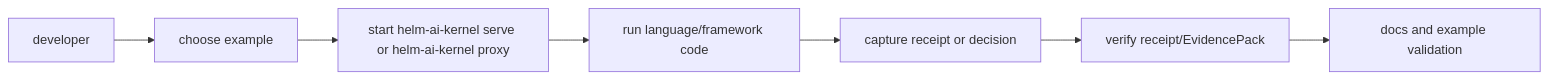
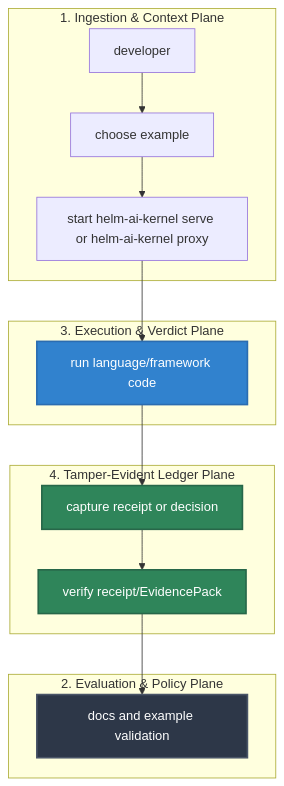
The diagram in docs/EXAMPLES.md (Mindburn-Labs/helm-ai-kernel), drawn with Mermaid before and after one commit. The commit also changed other lines of this file and 330 other files, not shown here.

````diff
--- a/docs/EXAMPLES.md
+++ b/docs/EXAMPLES.md
@@ -24,9 +24,35 @@
 ```mermaid
-flowchart LR
-  Reader["developer"] --> Pick["choose example"]
-  Pick --> Server["start helm-ai-kernel serve or helm-ai-kernel proxy"]
-  Server --> Run["run language/framework code"]
-  Run --> Receipt["capture receipt or decision"]
-  Receipt --> Verify["verify receipt/EvidencePack"]
-  Verify --> Gate["docs and example validation"]
+flowchart TD
+    subgraph Ingestion["1. Ingestion & Context Plane"]
+        Reader["developer"]
+        Pick["choose example"]
+        Server["start helm-ai-kernel serve or helm-ai-kernel proxy"]
+    end
+
+    subgraph Evaluation["2. Evaluation & Policy Plane"]
+        Gate["docs and example validation"]
+    end
+
+    subgraph Execution["3. Execution & Verdict Plane"]
+        Run["run language/framework code"]
+    end
+
+    subgraph Ledger["4. Tamper-Evident Ledger Plane"]
+        Receipt["capture receipt or decision"]
+        Verify["verify receipt/EvidencePack"]
+    end
+
+    %% Operational Flow Edges
+    Reader --> Pick
+    Pick --> Server
+    Server --> Run
+    Run --> Receipt
+    Receipt --> Verify
+    Verify --> Gate
+
+    %% Premium Styling Rules
+    style Run fill:#3182ce,stroke:#2b6cb0,stroke-width:2px,color:#fff
+    style Receipt fill:#2f855a,stroke:#276749,stroke-width:2px,color:#fff
+    style Verify fill:#2f855a,stroke:#276749,stroke-width:2px,color:#fff
+    style Gate fill:#2d3748,stroke:#4a5568,stroke-width:2px,color:#fff
 ```
````
